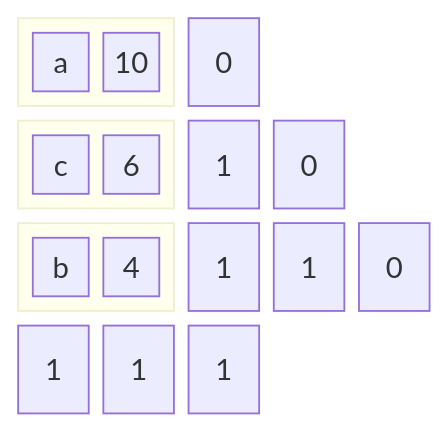
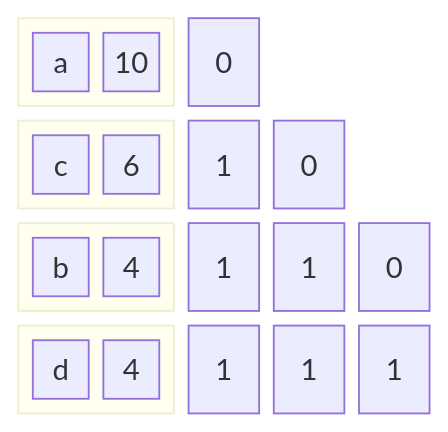
One commit to BenhurUFSM/pod26b changed the eighth of 9 diagrams in Assuntos/compressao.md. Above: the diagram before and after it, drawn with Mermaid. The commit also changed other lines of this file, not shown here.

````diff
--- a/Assuntos/compressao.md
+++ b/Assuntos/compressao.md
@@ -186,24 +186,24 @@
 ```mermaid
 block
 columns 5
 block:b1:2
 columns 2
 c1["a"] v1["10"]
 end
 d0["0"] space:2
 block:b2:2
 columns 2
 c2["c"] v2["6"]
 end
 d10["1"] d11["0"] space
 block:b3:2
 columns 2
 c3["b"] v3["4"]
 end
 d20["1"] d21["1"] d22["0"]
-block:b3:2
+block:b4:2
 columns 2
 c4["d"] v4["4"]
 end
 d30["1"] d31["1"] d32["1"]
 ```
````
